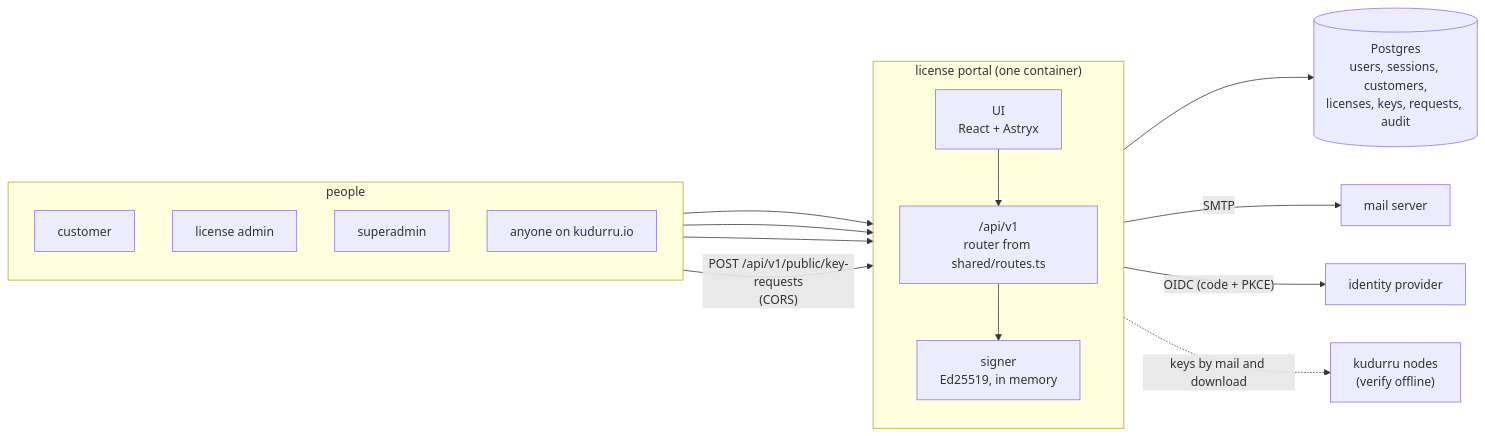
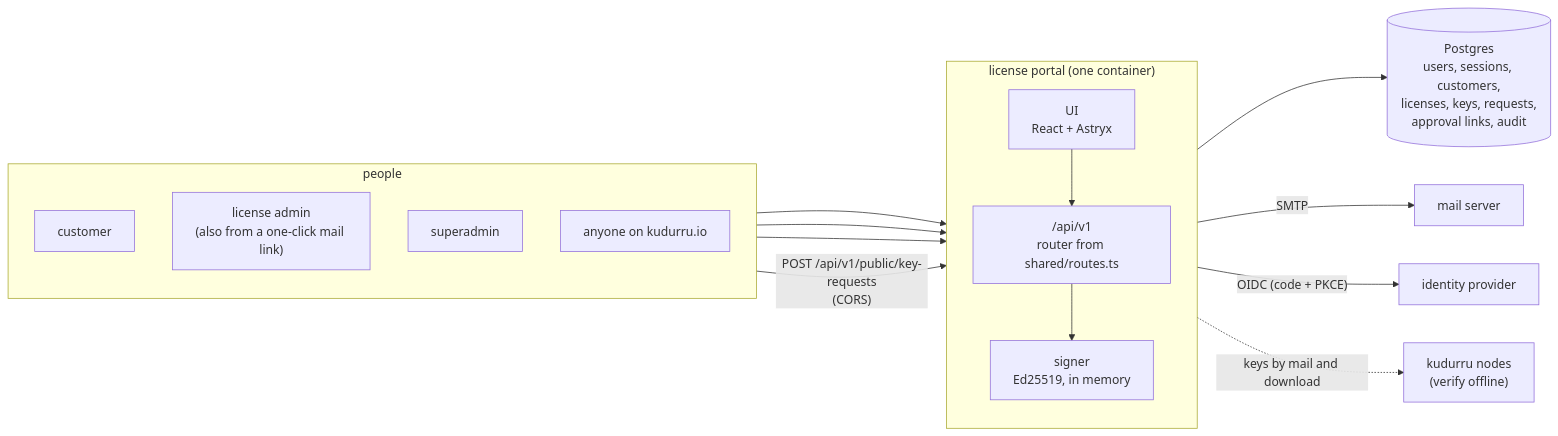
The first of 7 diagrams in license-server/docs/architecture.md (robertherbaugh/kudurru), drawn with Mermaid before and after one commit. The commit also changed other lines of this file and 65 other files, not shown here.

````diff
--- a/license-server/docs/architecture.md
+++ b/license-server/docs/architecture.md
@@ -14,26 +14,26 @@
 ```mermaid
 flowchart LR
     subgraph people["people"]
         direction TB
         C["customer"]
-        A["license admin"]
+        A["license admin<br/>(also from a one-click mail link)"]
         S["superadmin"]
         F["anyone on kudurru.io"]
     end
     subgraph portal["license portal (one container)"]
         direction TB
         UI["UI<br/>React + Astryx"]
         API["/api/v1<br/>router from shared/routes.ts"]
         SIGN["signer<br/>Ed25519, in memory"]
         UI --> API
         API --> SIGN
     end
     C --> UI
     A --> UI
     S --> UI
     F -->|"POST /api/v1/public/key-requests<br/>(CORS)"| API
-    API --> PG[("Postgres<br/>users, sessions, customers,<br/>licenses, keys, requests, audit")]
+    API --> PG[("Postgres<br/>users, sessions, customers,<br/>licenses, keys, requests,<br/>approval links, audit")]
     API -->|"SMTP"| MAIL["mail server"]
     API -->|"OIDC (code + PKCE)"| IDP["identity provider"]
     SIGN -. "keys by mail and download" .-> N["kudurru nodes<br/>(verify offline)"]
 ```
````
